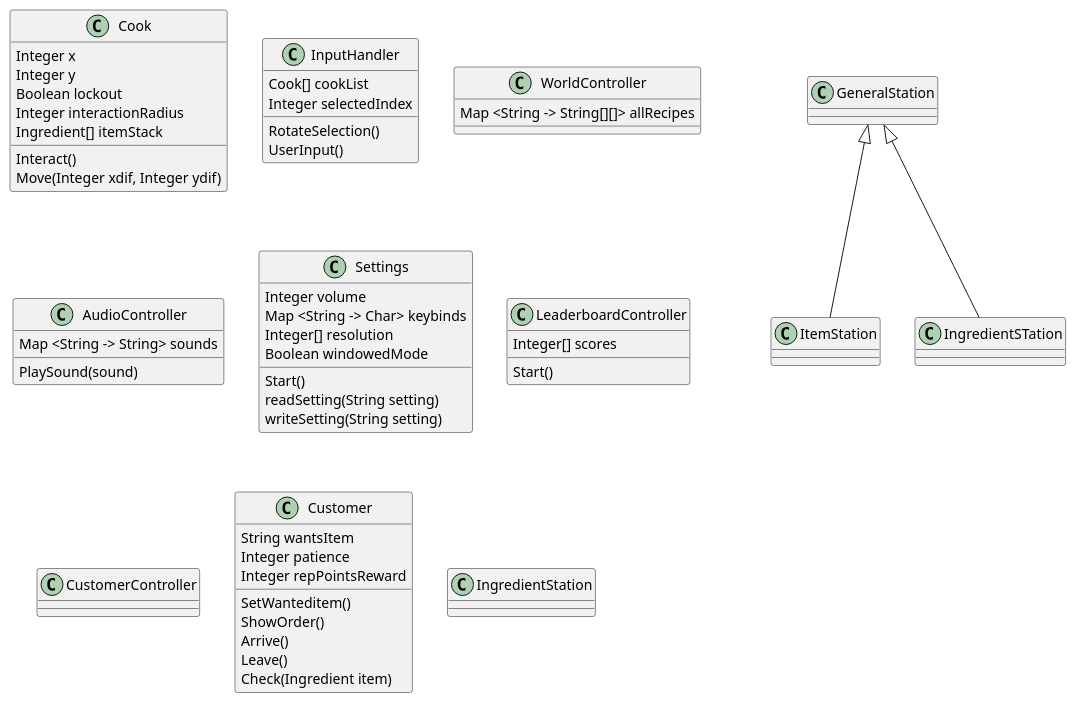
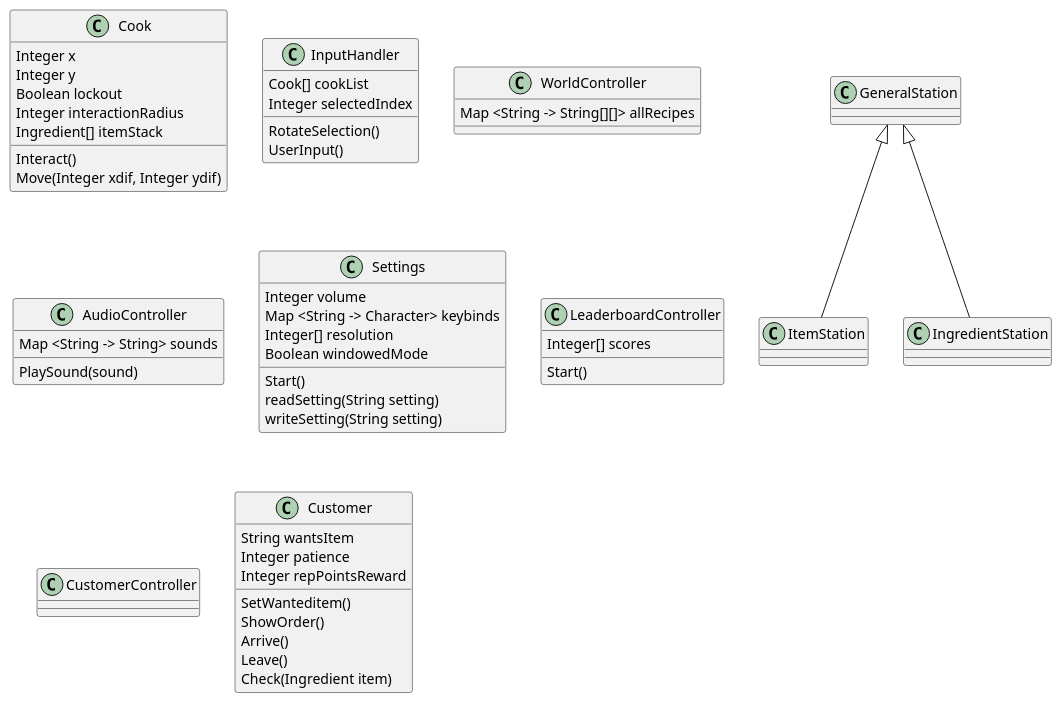
The diagram in UMLDiagrams/class_main_ver_1.puml (ENG1-TEAM3/project_eng1_team3), drawn with PlantUML before and after one commit.

Commit message:
Fix spelling mistake

```diff
--- a/UMLDiagrams/class_main_ver_1.puml
+++ b/UMLDiagrams/class_main_ver_1.puml
@@ -1,70 +1,70 @@
 @startuml
 'https://plantuml.com/class-diagram
 
 Class Cook{
 Integer x
 Integer y
 Boolean lockout
 Integer interactionRadius
 Ingredient[] itemStack
 Interact()
 Move(Integer xdif, Integer ydif)
 }
 
 Class InputHandler{
 Cook[] cookList
 Integer selectedIndex
 RotateSelection()
 UserInput()
 }
 
 Class WorldController{
 Map <String -> String[][]> allRecipes
 }
 
 Class AudioController{
 Map <String -> String> sounds
 PlaySound(sound)
 }
 
 Class Settings{
 Integer volume
-Map <String -> Char> keybinds
+Map <String -> Character> keybinds
 Integer[] resolution
 Boolean windowedMode
 Start()
 readSetting(String setting)
 writeSetting(String setting)
 }
 
 Class LeaderboardController{
 Integer[] scores
 Start()
 }
 
 Class CustomerController{}
 
 Class Customer{
 String wantsItem
 Integer patience
 Integer repPointsReward
 
 SetWanteditem()
 ShowOrder()
 Arrive()
 Leave()
 Check(Ingredient item)
 }
 
 Class GeneralStation{
 }
 
 Class ItemStation{}
 
 Class IngredientStation{}
 
 GeneralStation <|-- ItemStation
-GeneralStation <|-- IngredientSTation
+GeneralStation <|-- IngredientStation
 
 
 @enduml
```
